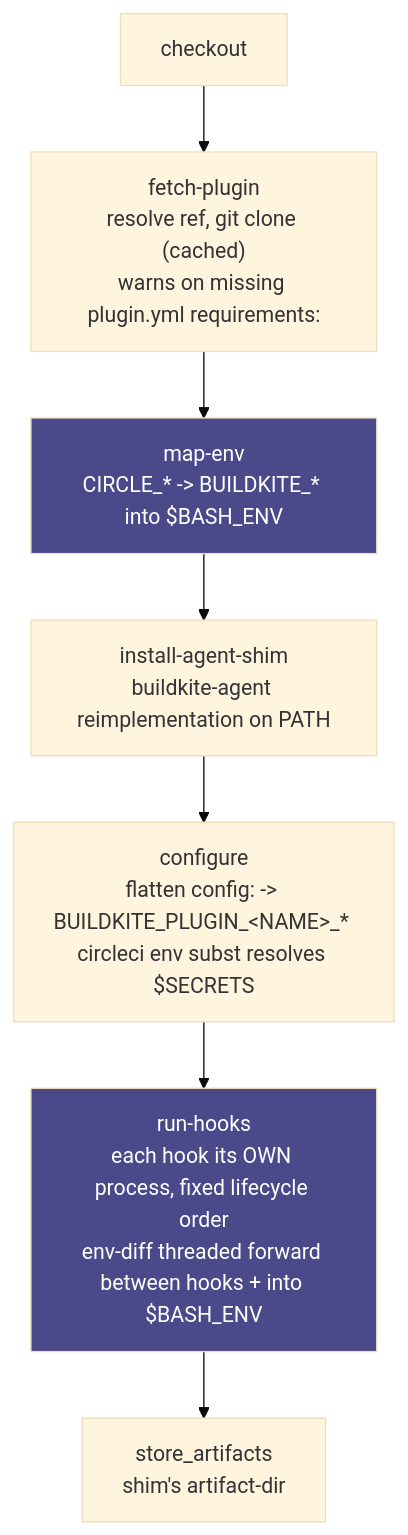
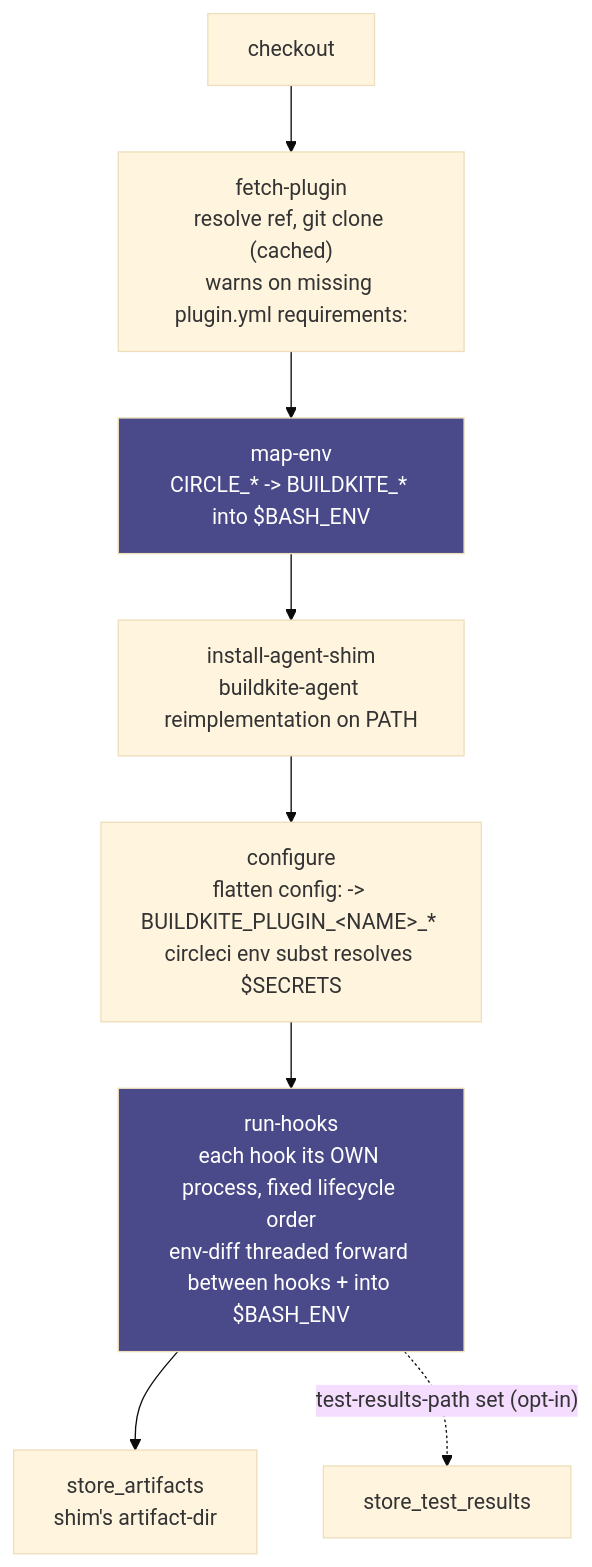
The diagram in README.md (CircleCI-Labs/buildkite-orb), drawn with Mermaid (base theme) before and after one commit. The commit also changed other lines of this file and 6 other files, not shown here.

````diff
--- a/README.md
+++ b/README.md
@@ -93,12 +93,13 @@
 ```mermaid
 flowchart TD
     A[checkout] --> B["fetch-plugin<br/>resolve ref, git clone (cached)<br/>warns on missing plugin.yml requirements:"]
     B --> C["map-env<br/>CIRCLE_* -&gt; BUILDKITE_* into $BASH_ENV"]
     C --> D["install-agent-shim<br/>buildkite-agent reimplementation on PATH"]
     D --> E["configure<br/>flatten config: -&gt; BUILDKITE_PLUGIN_&lt;NAME&gt;_* <br/>circleci env subst resolves $SECRETS"]
     E --> F["run-hooks<br/>each hook its OWN process, fixed lifecycle order<br/>env-diff threaded forward between hooks + into $BASH_ENV"]
     F --> G[store_artifacts<br/>shim's artifact-dir]
+    F -.->|"test-results-path set (opt-in)"| H[store_test_results]
 
     style C fill:#4a4a8a,color:#fff
     style F fill:#4a4a8a,color:#fff
 ```
````
